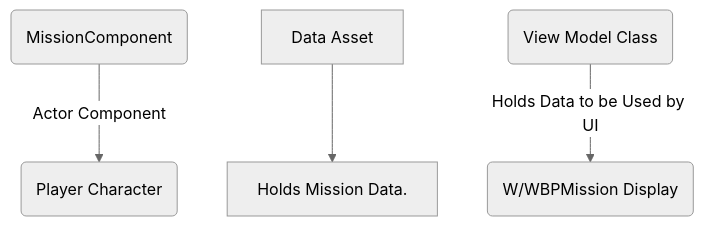
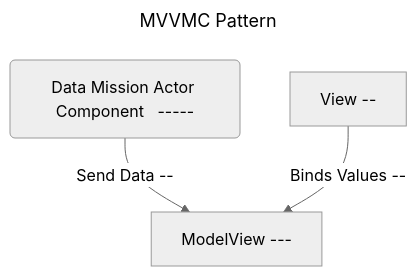
The first of 3 diagrams in Docs/MissionDeliverySystem.md (unrealrobin/timbermvp), drawn with Mermaid (neutral theme) before and after one commit. The commit also changed other lines of this file and 33 other files, not shown here.

Commit message:
DR-55 Created Base Data Assets for Missions and Linked the Mission Actor Component to the Event Subsystem. Actor Component is prepared to handle Event Payloads to Update Mission Statuses.

````diff
--- a/Docs/MissionDeliverySystem.md
+++ b/Docs/MissionDeliverySystem.md
@@ -1,7 +1,13 @@
 ```mermaid
-
+---
+title: MVVMC Pattern
+---
 flowchart TD
-    A(MissionComponent) -->|Actor Component| B(Player Character)
-    C[Data Asset] --> D[Holds Mission Data.]
-    E(View Model Class) --> |Holds Data to be Used by UI| F(W/WBPMission Display)
+    A(Data Mission Actor Component   -----)
+    C[ModelView   ---]
+    D[View  --]
+    
+    A --> |Send Data  --| C
+    D --> |Binds Values  -- | C
+    
 ```
````
